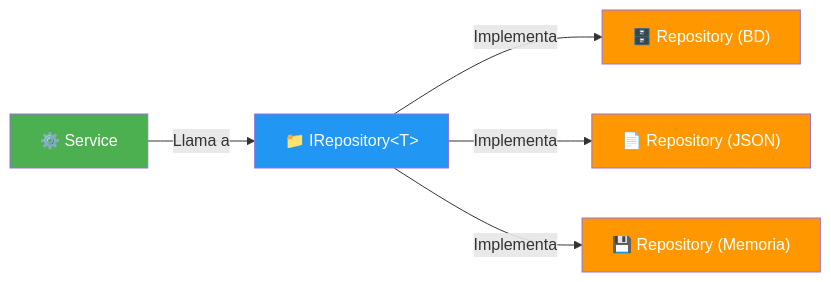
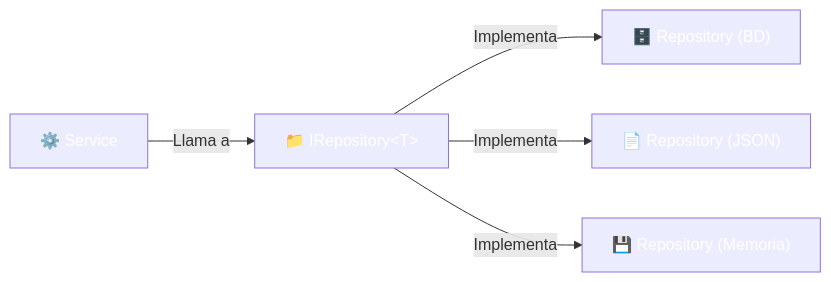
The first of 2 diagrams in 12-patrones-arquitecturas.md (joseluisgs/DesarrolloWebEntornosServidor-01-2026-2027), drawn with Mermaid before and after one commit. The commit also changed other lines of this file and 66 other files, not shown here.

First line of the commit message:
fix: normalizar titulos al castellano de frase y corregir la paleta de mermaid

````diff
--- a/12-patrones-arquitecturas.md
+++ b/12-patrones-arquitecturas.md
@@ -28,13 +28,13 @@
 ```mermaid
 graph LR
     A["⚙️ Service"] -->|"Llama a"| B["📁 IRepository&lt;T&gt;"]
     B -->|"Implementa"| C["🗄️ Repository (BD)"]
     B -->|"Implementa"| D["📄 Repository (JSON)"]
     B -->|"Implementa"| E["💾 Repository (Memoria)"]
 
-    style A fill:#4CAF50,color:#fff
-    style B fill:#2196F3,color:#fff
-    style C fill:#FF9800,color:#fff
-    style D fill:#FF9800,color:#fff
-    style E fill:#FF9800,color:#fff
+    style A fill:#4CAF5,color:#fff0,color:#fff
+    style B fill:#2196F,color:#fff3,color:#fff
+    style C fill:#FF980,color:#fff0,color:#fff
+    style D fill:#FF980,color:#fff0,color:#fff
+    style E fill:#FF980,color:#fff0,color:#fff
 ```
````
